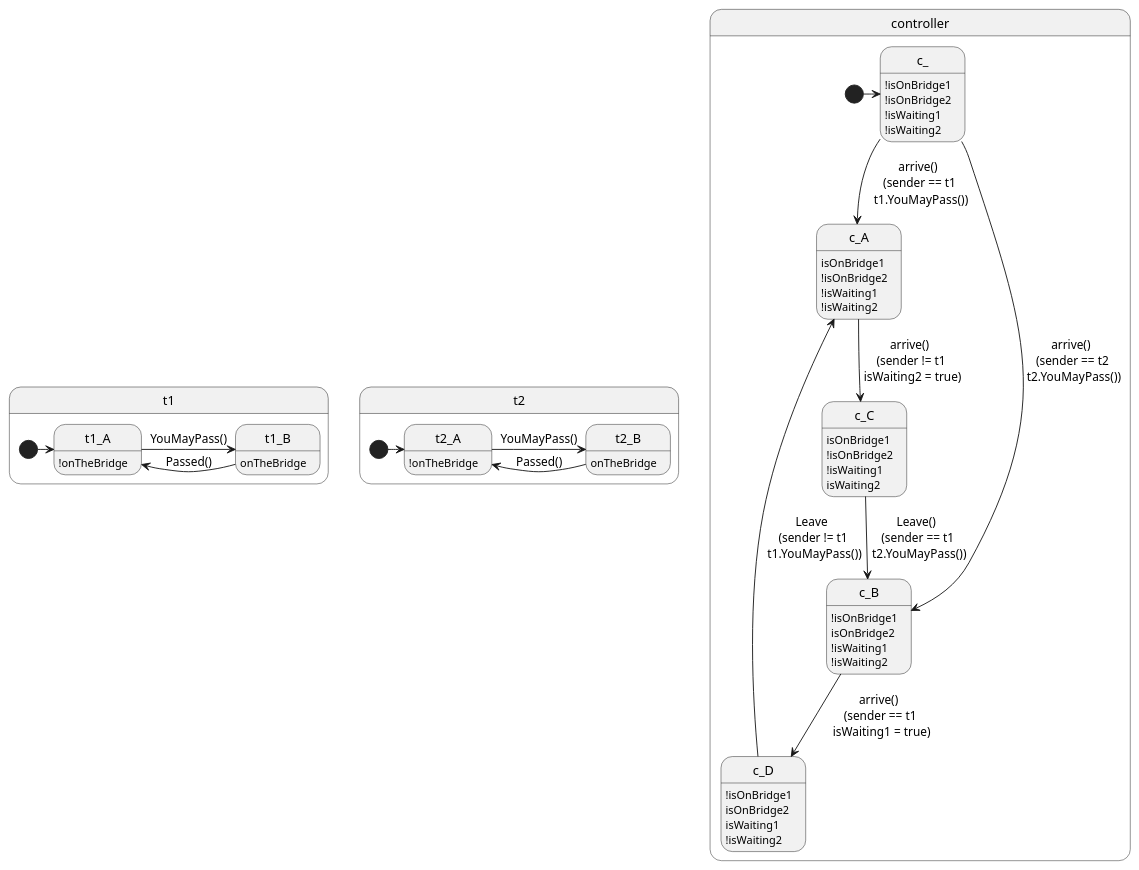
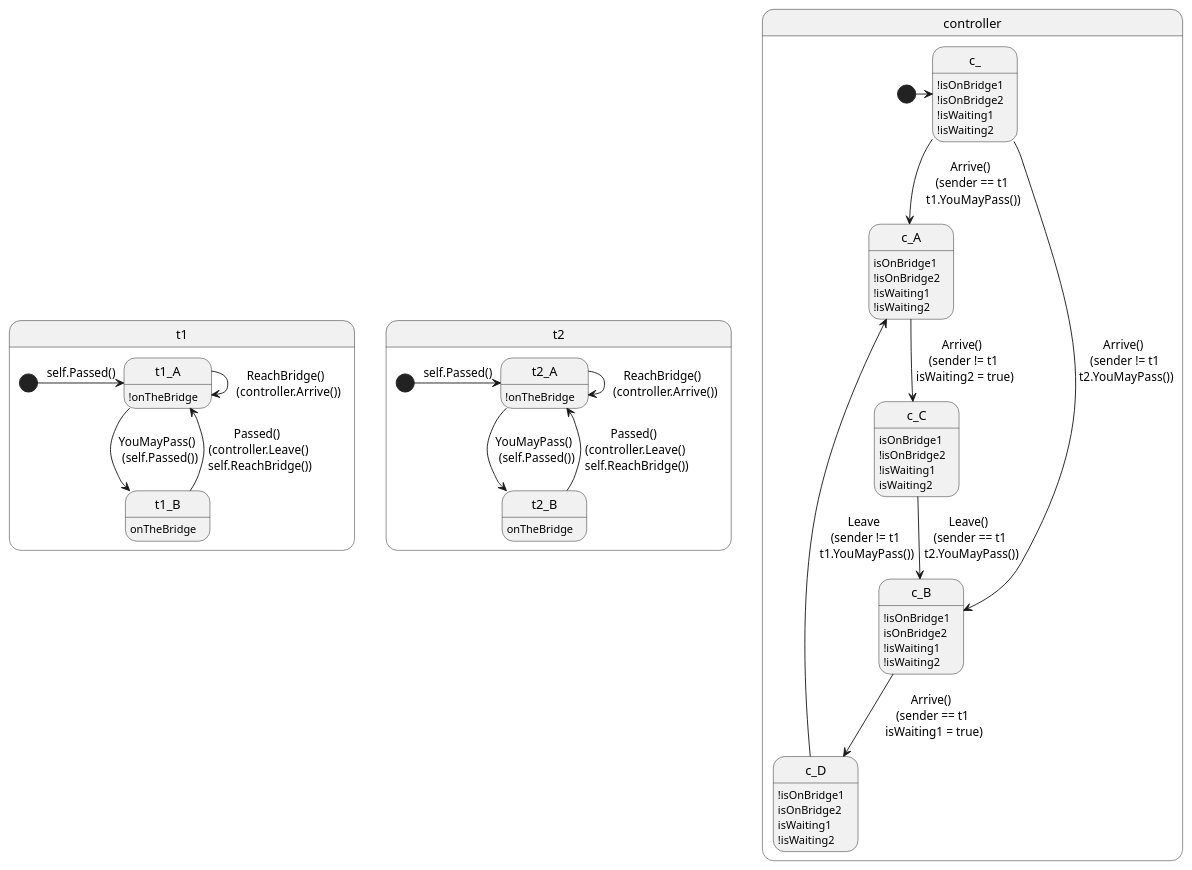
One commit to gnowin/UML-To-Rebecca-Dataset changed the diagram in ModelTranslations/TrainBridgeController/TrainBridgeController.plantuml. Above: the diagram before and after it, drawn with PlantUML.

Commit message:
TrainBridgeController changes To be more similar with other translations

```diff
--- a/ModelTranslations/TrainBridgeController/TrainBridgeController.plantuml
+++ b/ModelTranslations/TrainBridgeController/TrainBridgeController.plantuml
@@ -1,74 +1,76 @@
 @startuml
 
 hide empty description
 
 state t1{
 
-state t1_A : !onTheBridge
+t1_A : !onTheBridge
 
-state t1_B : onTheBridge
+t1_B : onTheBridge
 
-[*] -> t1_A
+[*] -> t1_A : self.Passed()
 
-t1_A -> t1_B : YouMayPass()
+t1_A -> t1_A : ReachBridge() \n (controller.Arrive())
+t1_A --> t1_B : YouMayPass() \n (self.Passed())
 
-t1_B -> t1_A : Passed()
+t1_B --> t1_A : Passed() \n (controller.Leave() \n self.ReachBridge())
 
 }
 
 state t2{
 
 t2_A : !onTheBridge
 
 t2_B : onTheBridge
 
-[*] -> t2_A
+[*] -> t2_A : self.Passed()
 
-t2_A -> t2_B : YouMayPass()
+t2_A -> t2_A : ReachBridge() \n (controller.Arrive())
+t2_A --> t2_B : YouMayPass() \n (self.Passed())
 
-t2_B -> t2_A : Passed()
+t2_B --> t2_A : Passed() \n (controller.Leave() \n self.ReachBridge())
 
 }
 
 state controller{
 
 State c_ : !isOnBridge1
 State c_ : !isOnBridge2
 State c_ : !isWaiting1
 State c_ : !isWaiting2
 
 State c_A : isOnBridge1
 State c_A : !isOnBridge2
 State c_A : !isWaiting1
 State c_A : !isWaiting2
 
 State c_B : !isOnBridge1
 State c_B : isOnBridge2
 State c_B : !isWaiting1
 State c_B : !isWaiting2
 State c_C : isOnBridge1
 State c_C : !isOnBridge2
 State c_C : !isWaiting1
 State c_C : isWaiting2
 State c_D : !isOnBridge1
 State c_D : isOnBridge2
 State c_D : isWaiting1
 State c_D : !isWaiting2
 
 [*] -> c_
 
-c_ --> c_A : arrive() \n (sender == t1 \n t1.YouMayPass())
+c_ --> c_A : Arrive() \n (sender == t1 \n t1.YouMayPass())
 
-c_ --> c_B : arrive() \n (sender == t2 \n t2.YouMayPass())
+c_ --> c_B : Arrive() \n (sender != t1 \n t2.YouMayPass())
 
-c_A --> c_C : arrive() \n (sender != t1 \n isWaiting2 = true)
+c_A --> c_C : Arrive() \n (sender != t1 \n isWaiting2 = true)
 
-c_B --> c_D : arrive() \n (sender == t1 \n isWaiting1 = true)
+c_B --> c_D : Arrive() \n (sender == t1 \n isWaiting1 = true)
 
 c_C --> c_B : Leave() \n (sender == t1 \n t2.YouMayPass())
 
 c_D --> c_A : Leave \n (sender != t1 \n t1.YouMayPass())
 
 }
 
 @enduml 
```
